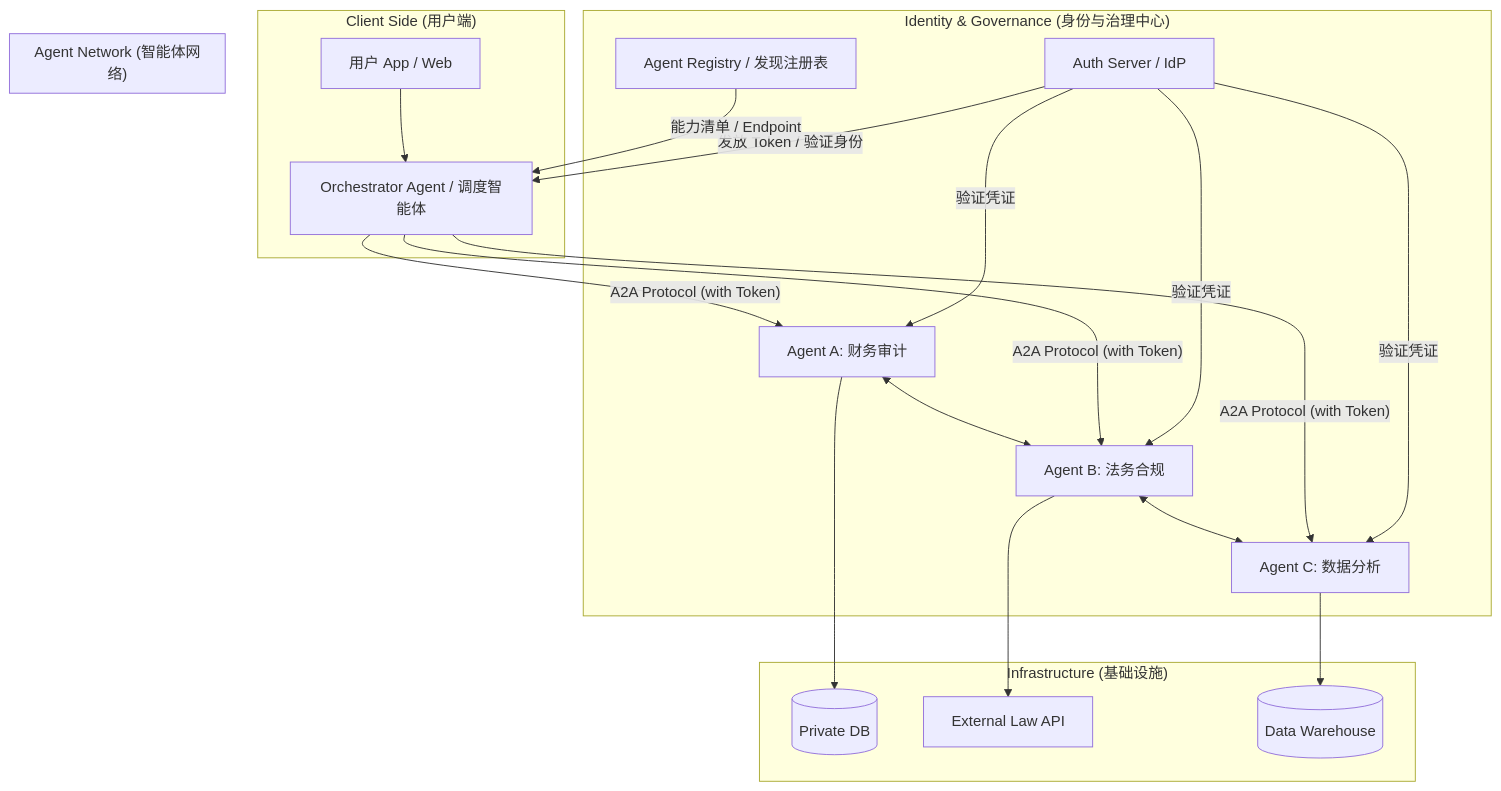
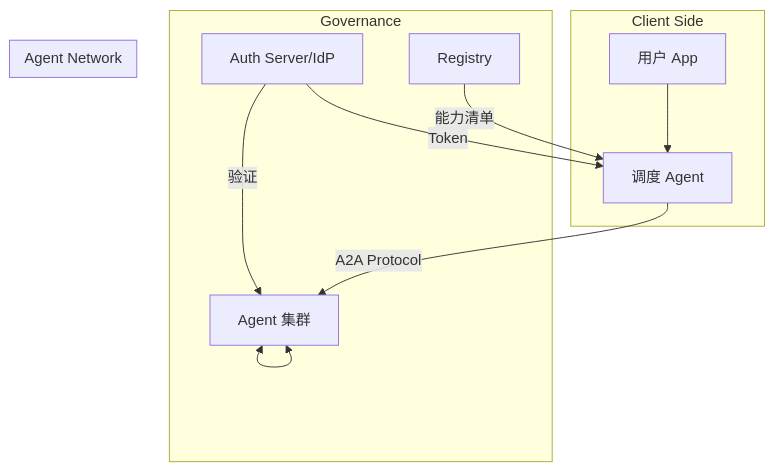
The diagram in ai/agent/A2A.md (neoguojing/docs), drawn with Mermaid before and after one commit. The commit also changed other lines of this file, not shown here.

````diff
--- a/ai/agent/A2A.md
+++ b/ai/agent/A2A.md
@@ -150,29 +39,17 @@
 ```mermaid
 graph TD
-    subgraph "Client Side (用户端)"
-        UserApp[用户 App / Web] --> Orchestrator[Orchestrator Agent / 调度智能体]
+    subgraph "Client Side"
+        UserApp[用户 App] --> Orchestrator[调度 Agent]
     end
 
-    subgraph "Identity & Governance (身份与治理中心)"
-        AuthSrv[Auth Server / IdP] -- "发放 Token / 验证身份" --> Orchestrator
-        AuthSrv -- "验证凭证" --> AgentA
-        AuthSrv -- "验证凭证" --> AgentB
-        AuthSrv -- "验证凭证" --> AgentC
-        Discovery[Agent Registry / 发现注册表] -- "能力清单 / Endpoint" --> Orchestrator
+    subgraph "Governance"
+        AuthSrv[Auth Server/IdP] -- "Token" --> Orchestrator
+        AuthSrv -- "验证" --> AgentNetwork
+        Discovery[Registry] -- "能力清单" --> Orchestrator
     end
 
-    subgraph "Agent Network (智能体网络)"
-        Orchestrator -- "A2A Protocol (with Token)" --> AgentA[Agent A: 财务审计]
-        Orchestrator -- "A2A Protocol (with Token)" --> AgentB[Agent B: 法务合规]
-        Orchestrator -- "A2A Protocol (with Token)" --> AgentC[Agent C: 数据分析]
-        
-        AgentA <--> AgentB
-        AgentB <--> AgentC
-    end
-
-    subgraph "Infrastructure (基础设施)"
-        AgentA --> DB1[(Private DB)]
-        AgentB --> API1[External Law API]
-        AgentC --> DB2[(Data Warehouse)]
+    subgraph "Agent Network"
+        Orchestrator -- "A2A Protocol" --> AgentNetwork[Agent 集群]
+        AgentNetwork <--> AgentNetwork
     end
 ```
````
